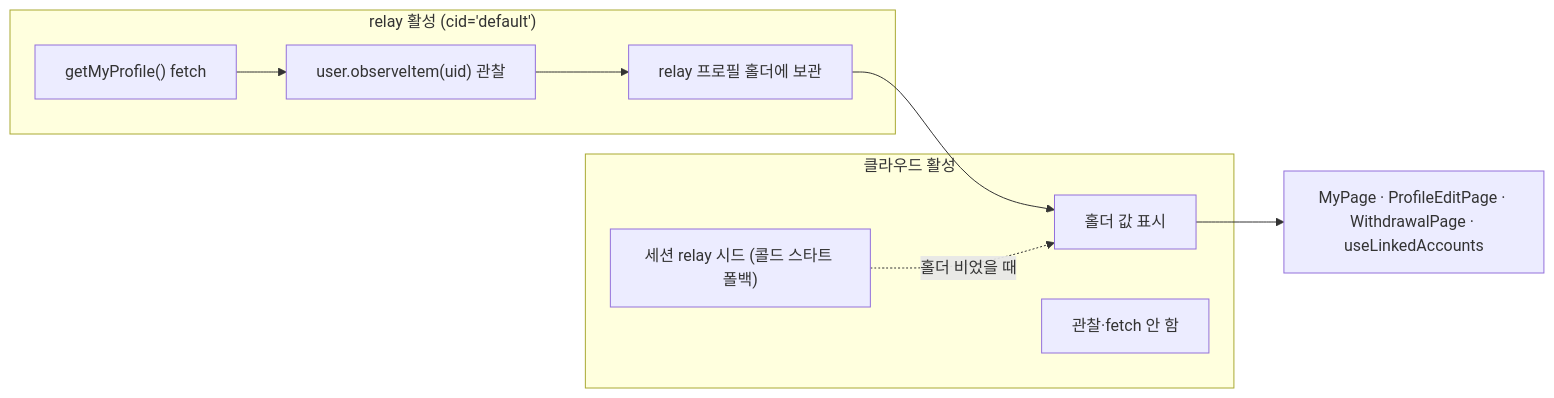
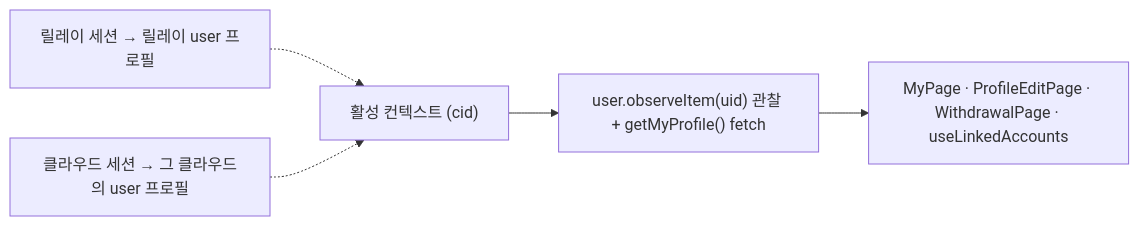
The third of 3 diagrams in apps/web/docs/feature/place/relay-default-place-scoping.md (lemoncloud-io/dou-app), drawn with Mermaid before and after one commit. The commit also changed other lines of this file and 13 other files, not shown here.

````diff
--- a/apps/web/docs/feature/place/relay-default-place-scoping.md
+++ b/apps/web/docs/feature/place/relay-default-place-scoping.md
@@ -127,13 +127,7 @@
 ```mermaid
 flowchart LR
-    subgraph relay["relay 활성 (cid='default')"]
-        OBS["user.observeItem(uid) 관찰"] --> HOLD[relay 프로필 홀더에 보관]
-        FETCH["getMyProfile() fetch"] --> OBS
-    end
-    subgraph cloud["클라우드 활성"]
-        HOLD --> SHOW[홀더 값 표시]
-        SEED["세션 relay 시드 (콜드 스타트 폴백)"] -.홀더 비었을 때.-> SHOW
-        NOFETCH[관찰·fetch 안 함]
-    end
-    SHOW --> MY["MyPage · ProfileEditPage · WithdrawalPage · useLinkedAccounts"]
+    ACT["활성 컨텍스트 (cid)"] --> OBS["user.observeItem(uid) 관찰 + getMyProfile() fetch"]
+    OBS --> MY["MyPage · ProfileEditPage · WithdrawalPage · useLinkedAccounts"]
+    R["릴레이 세션 → 릴레이 user 프로필"] -.-> ACT
+    C["클라우드 세션 → 그 클라우드의 user 프로필"] -.-> ACT
 ```
````
